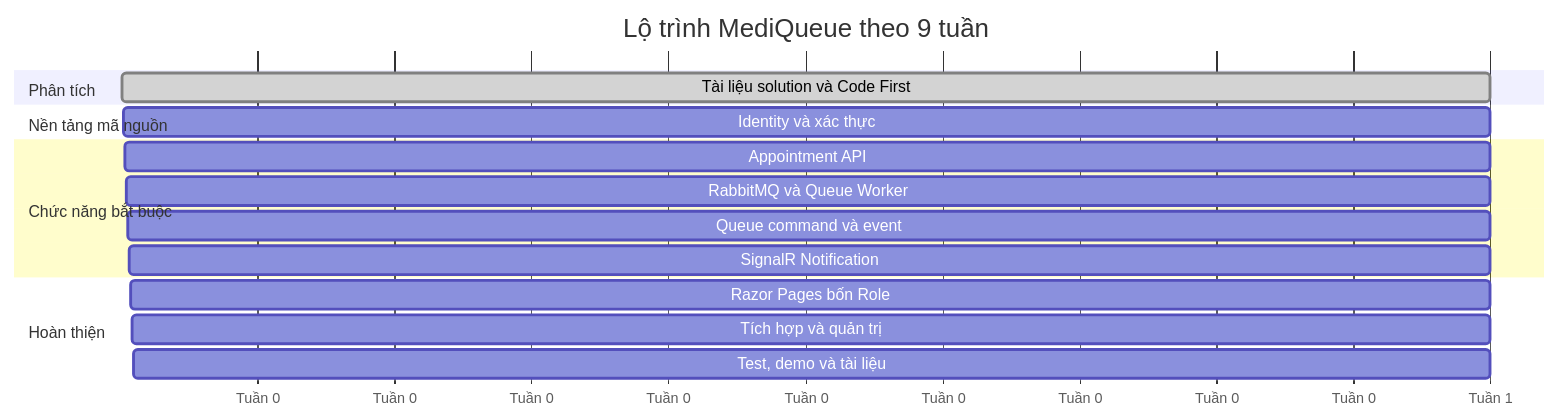
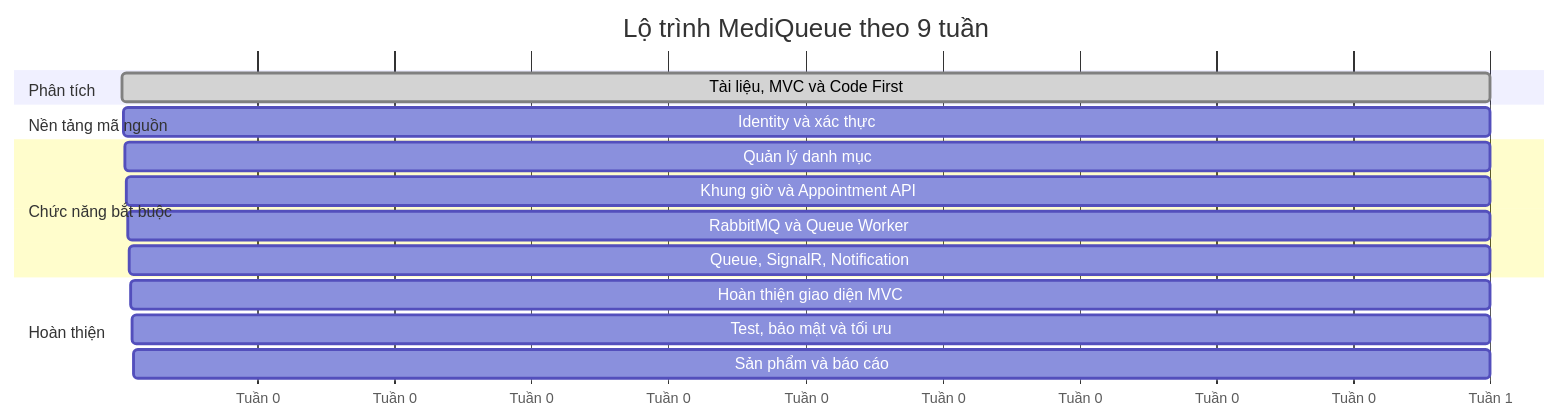
One commit to PTUDPTK23/CNTTK23E changed the diagram in Đặng Quốc Trung - dtc245200016/DuAn/DT09_HeThongDatLichKhamVaQuanLyHangDoi/Tuan1/docs/roadmap.md. Above: the diagram before and after it, drawn with Mermaid. The commit also changed other lines of this file and 31 other files, not shown here.

Commit message:
refactor(tuan1): migrate MediQueue web from Razor Pages to MVC

````diff
--- a/Đặng Quốc Trung - dtc245200016/DuAn/DT09_HeThongDatLichKhamVaQuanLyHangDoi/Tuan1/docs/roadmap.md
+++ b/Đặng Quốc Trung - dtc245200016/DuAn/DT09_HeThongDatLichKhamVaQuanLyHangDoi/Tuan1/docs/roadmap.md
@@ -33,19 +33,19 @@
 ```mermaid
 gantt
     title Lộ trình MediQueue theo 9 tuần
     dateFormat  X
     axisFormat Tuần %s
     section Phân tích
-    Tài liệu solution và Code First :done, b1, 1, 1
+    Tài liệu, MVC và Code First    :done, b1, 1, 1
     section Nền tảng mã nguồn
     Identity và xác thực           :b2, 2, 1
     section Chức năng bắt buộc
-    Appointment API                :b3, 3, 1
-    RabbitMQ và Queue Worker       :b4, 4, 1
-    Queue command và event         :b5, 5, 1
-    SignalR Notification           :b6, 6, 1
+    Quản lý danh mục               :b3, 3, 1
+    Khung giờ và Appointment API     :b4, 4, 1
+    RabbitMQ và Queue Worker       :b5, 5, 1
+    Queue, SignalR, Notification    :b6, 6, 1
     section Hoàn thiện
-    Razor Pages bốn Role           :b7, 7, 1
-    Tích hợp và quản trị           :b8, 8, 1
-    Test, demo và tài liệu         :b9, 9, 1
+    Hoàn thiện giao diện MVC       :b7, 7, 1
+    Test, bảo mật và tối ưu       :b8, 8, 1
+    Sản phẩm và báo cáo           :b9, 9, 1
 ```
````
